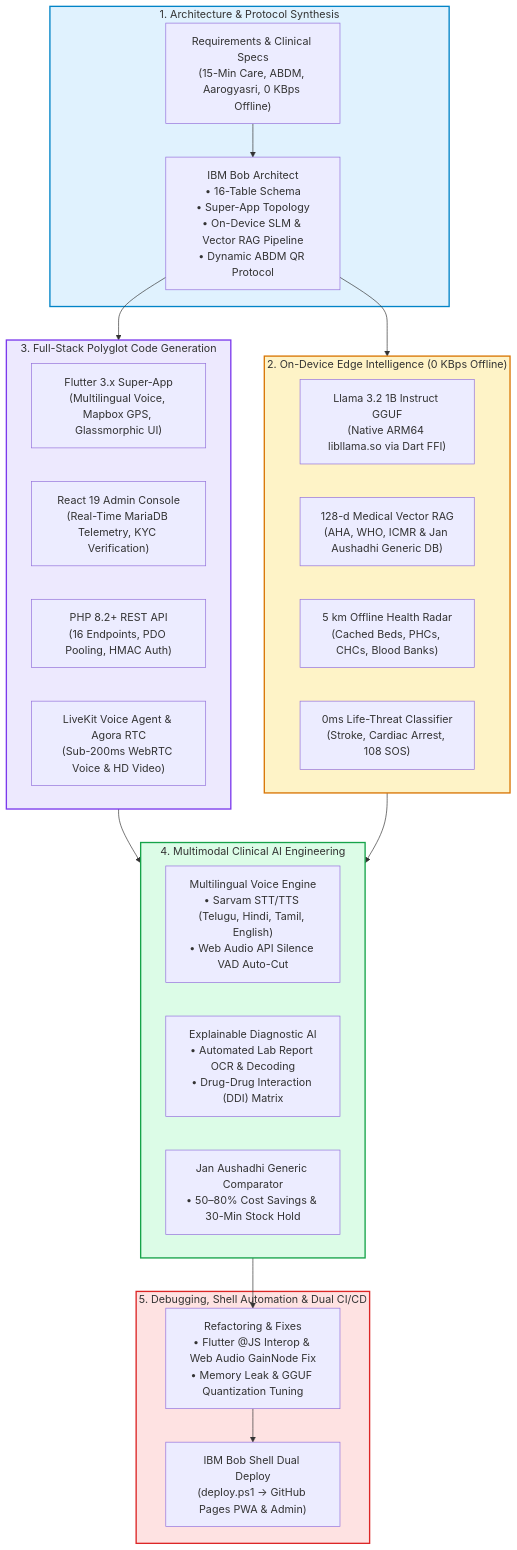
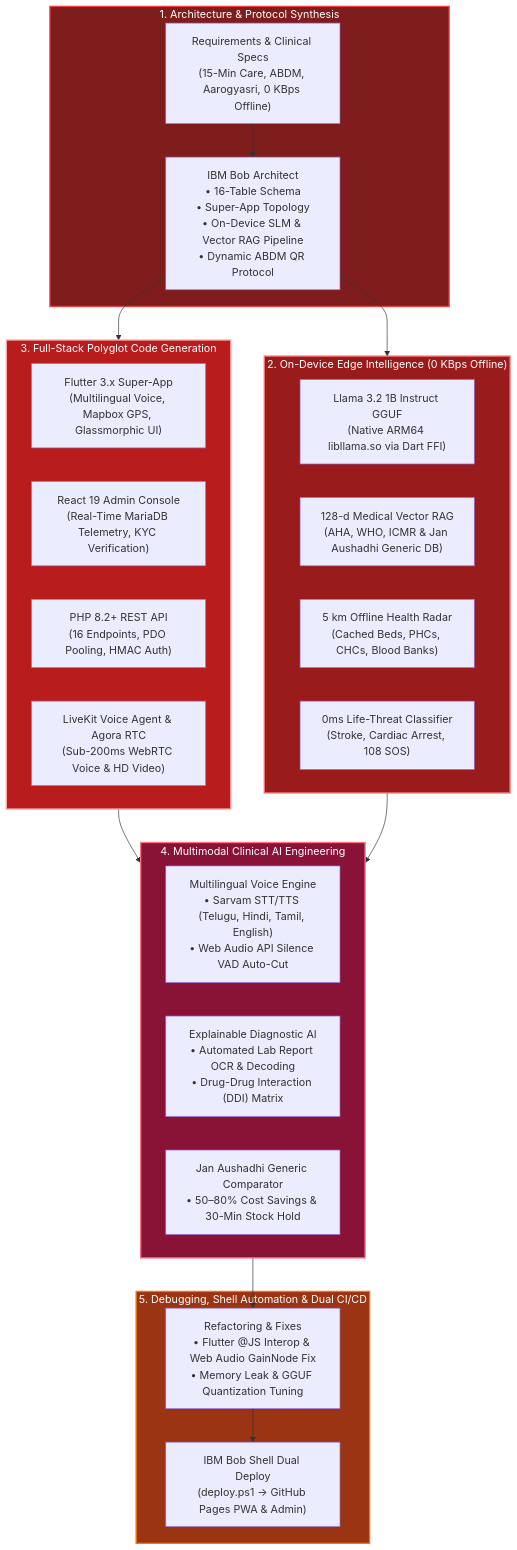
One commit to pavanstarkin-tech/sanjeevani-ai changed the diagram in Important_Files/IBM_BOB.md. Above: the diagram before and after it, drawn with Mermaid. The commit also changed 3 other files, not shown here.

Commit message:
fix(docs): resolve Mermaid parse errors and use high-contrast red boxes with white text

````diff
--- a/Important_Files/IBM_BOB.md
+++ b/Important_Files/IBM_BOB.md
@@ -11,42 +11,42 @@
 ```mermaid
 flowchart TD
     subgraph BobArchitecture["1. Architecture & Protocol Synthesis"]
         Spec["Requirements & Clinical Specs<br/>(15-Min Care, ABDM, Aarogyasri, 0 KBps Offline)"] --> BobArch["IBM Bob Architect<br/>• 16-Table Schema<br/>• Super-App Topology<br/>• On-Device SLM & Vector RAG Pipeline<br/>• Dynamic ABDM QR Protocol"]
     end
 
     subgraph BobEdgeAI["2. On-Device Edge Intelligence (0 KBps Offline)"]
         BobSLM["Llama 3.2 1B Instruct GGUF<br/>(Native ARM64 libllama.so via Dart FFI)"]
         BobRAG["128-d Medical Vector RAG<br/>(AHA, WHO, ICMR & Jan Aushadhi Generic DB)"]
         BobRadar["5 km Offline Health Radar<br/>(Cached Beds, PHCs, CHCs, Blood Banks)"]
         BobFast["0ms Life-Threat Classifier<br/>(Stroke, Cardiac Arrest, 108 SOS)"]
     end
 
     subgraph BobCodeGen["3. Full-Stack Polyglot Code Generation"]
         BobFlutter["Flutter 3.x Super-App<br/>(Multilingual Voice, Mapbox GPS, Glassmorphic UI)"]
         BobReact["React 19 Admin Console<br/>(Real-Time MariaDB Telemetry, KYC Verification)"]
         BobPHP["PHP 8.2+ REST API<br/>(16 Endpoints, PDO Pooling, HMAC Auth)"]
         BobLiveKit["LiveKit Voice Agent & Agora RTC<br/>(Sub-200ms WebRTC Voice & HD Video)"]
     end
 
     subgraph BobAIIntegration["4. Multimodal Clinical AI Engineering"]
         BobVoice["Multilingual Voice Engine<br/>• Sarvam STT/TTS (Telugu, Hindi, Tamil, English)<br/>• Web Audio API Silence VAD Auto-Cut"]
         BobExplainable["Explainable Diagnostic AI<br/>• Automated Lab Report OCR & Decoding<br/>• Drug-Drug Interaction (DDI) Matrix"]
         BobJanAushadhi["Jan Aushadhi Generic Comparator<br/>• 50–80% Cost Savings & 30-Min Stock Hold"]
     end
 
     subgraph BobQA["5. Debugging, Shell Automation & Dual CI/CD"]
         BobFix["Refactoring & Fixes<br/>• Flutter @JS Interop & Web Audio GainNode Fix<br/>• Memory Leak & GGUF Quantization Tuning"] --> BobDeploy["IBM Bob Shell Dual Deploy<br/>(deploy.ps1 -> GitHub Pages PWA & Admin)"]
     end
 
     BobArch --> BobEdgeAI
     BobArch --> BobCodeGen
     BobCodeGen --> BobAIIntegration
     BobEdgeAI --> BobAIIntegration
     BobAIIntegration --> BobFix
 
-    style BobArchitecture fill:#E0F2FE,stroke:#0284C7,stroke-width:2px
-    style BobEdgeAI fill:#FEF3C7,stroke:#D97706,stroke-width:2px
-    style BobCodeGen fill:#EDE9FE,stroke:#7C3AED,stroke-width:2px
-    style BobAIIntegration fill:#DCFCE7,stroke:#16A34A,stroke-width:2px
-    style BobQA fill:#FEE2E2,stroke:#DC2626,stroke-width:2px
+    style BobArchitecture fill:#7F1D1D,color:#FFFFFF,stroke:#EF4444,stroke-width:2px
+    style BobEdgeAI fill:#991B1B,color:#FFFFFF,stroke:#F87171,stroke-width:2px
+    style BobCodeGen fill:#B91C1C,color:#FFFFFF,stroke:#FCA5A5,stroke-width:2px
+    style BobAIIntegration fill:#881337,color:#FFFFFF,stroke:#FB7185,stroke-width:2px
+    style BobQA fill:#9A3412,color:#FFFFFF,stroke:#F97316,stroke-width:2px
 ```
````
